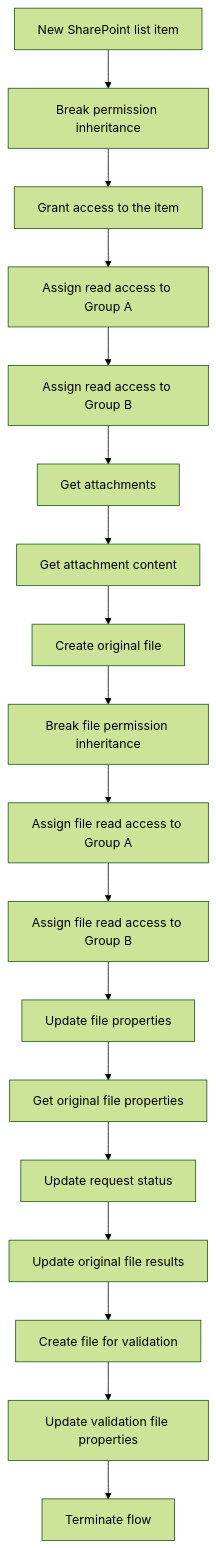
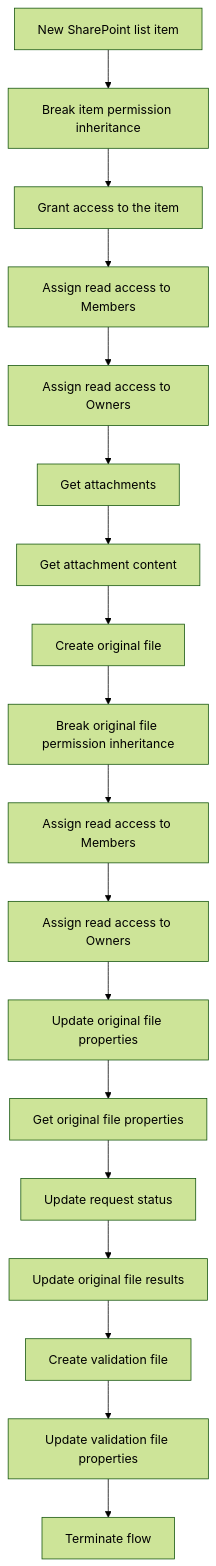
Before and after one commit to smartinmunoz/power-platform-portfolio: the diagram in Power-Automate/SharePoint-Excel-Automation/flows/FL01-demo/README.md, drawn with Mermaid (forest theme).

````diff
--- a/Power-Automate/SharePoint-Excel-Automation/flows/FL01-demo/README.md
+++ b/Power-Automate/SharePoint-Excel-Automation/flows/FL01-demo/README.md
@@ -13,20 +13,20 @@
 ```mermaid
 flowchart TD
-    A["New SharePoint list item"] --> B["Break permission inheritance"]
+    A["New SharePoint list item"] --> B["Break item permission inheritance"]
     B --> C["Grant access to the item"]
-    C --> D["Assign read access to Group A"]
-    D --> E["Assign read access to Group B"]
+    C --> D["Assign read access to Members"]
+    D --> E["Assign read access to Owners"]
     E --> F["Get attachments"]
     F --> G["Get attachment content"]
     G --> H["Create original file"]
-    H --> I["Break file permission inheritance"]
-    I --> J["Assign file read access to Group A"]
-    J --> K["Assign file read access to Group B"]
-    K --> L["Update file properties"]
+    H --> I["Break original file permission inheritance"]
+    I --> J["Assign read access to Members"]
+    J --> K["Assign read access to Owners"]
+    K --> L["Update original file properties"]
     L --> M["Get original file properties"]
     M --> N["Update request status"]
     N --> O["Update original file results"]
-    O --> P["Create file for validation"]
+    O --> P["Create validation file"]
     P --> Q["Update validation file properties"]
     Q --> R["Terminate flow"]
 ```
````
